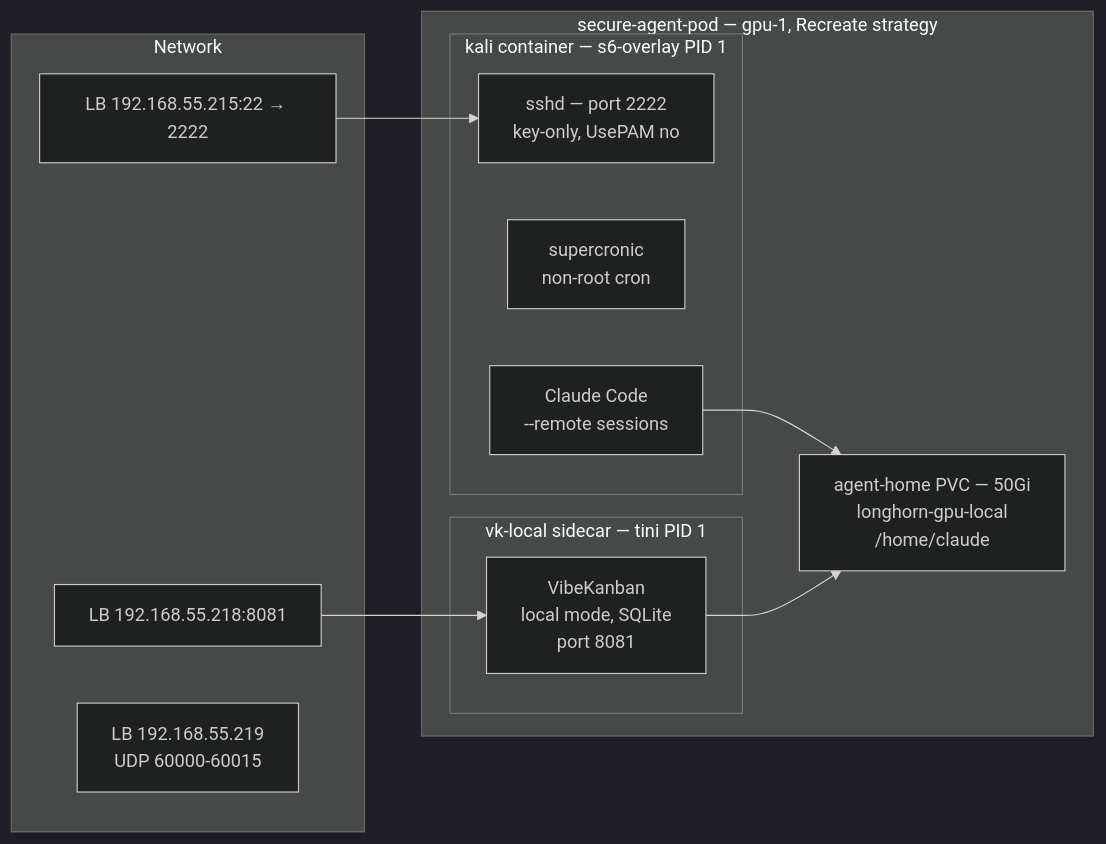
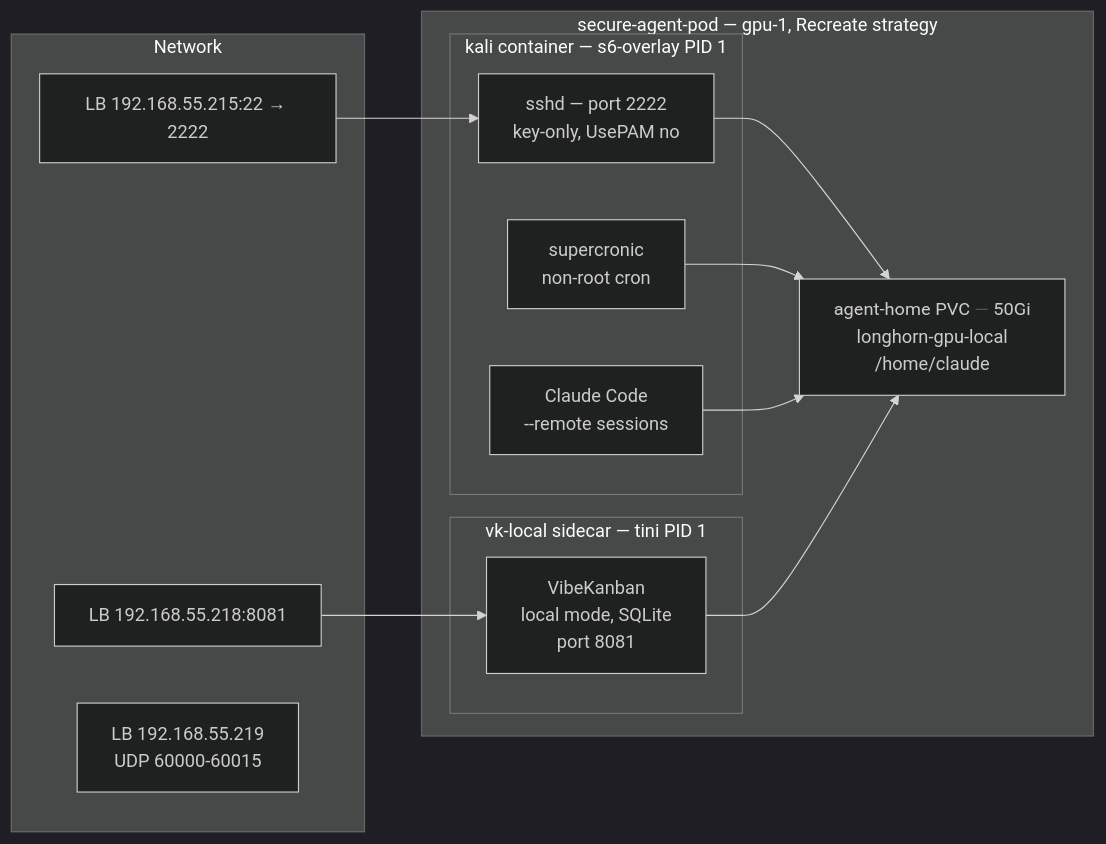
Before and after one commit to derio-net/frank: the diagram in blog/content/docs/building/21-secure-agent-pod/index.md, drawn with Mermaid (dark theme). The commit also changed other lines of this file and 22 other files, not shown here.

````diff
--- a/blog/content/docs/building/21-secure-agent-pod/index.md
+++ b/blog/content/docs/building/21-secure-agent-pod/index.md
@@ -21,24 +21,26 @@
 ```mermaid
 flowchart LR
   subgraph Pod[secure-agent-pod — gpu-1, Recreate strategy]
     subgraph Kali[kali container — s6-overlay PID 1]
       SSHD[sshd — port 2222<br/>key-only, UsePAM no]
       SC[supercronic<br/>non-root cron]
       Claude[Claude Code<br/>--remote sessions]
     end
     subgraph Sidecar[vk-local sidecar — tini PID 1]
       VK[VibeKanban<br/>local mode, SQLite<br/>port 8081]
     end
     PVC[agent-home PVC — 50Gi<br/>longhorn-gpu-local<br/>/home/claude]
   end
   subgraph Network
     SSHLB[LB 192.168.55.215:22 → 2222]
     VKLB[LB 192.168.55.218:8081]
     MOSH[LB 192.168.55.219<br/>UDP 60000-60015]
   end
 
   SSHLB --> SSHD
   VKLB --> VK
+  SSHD --> PVC
+  SC --> PVC
   Claude --> PVC
   VK --> PVC
 ```
````
